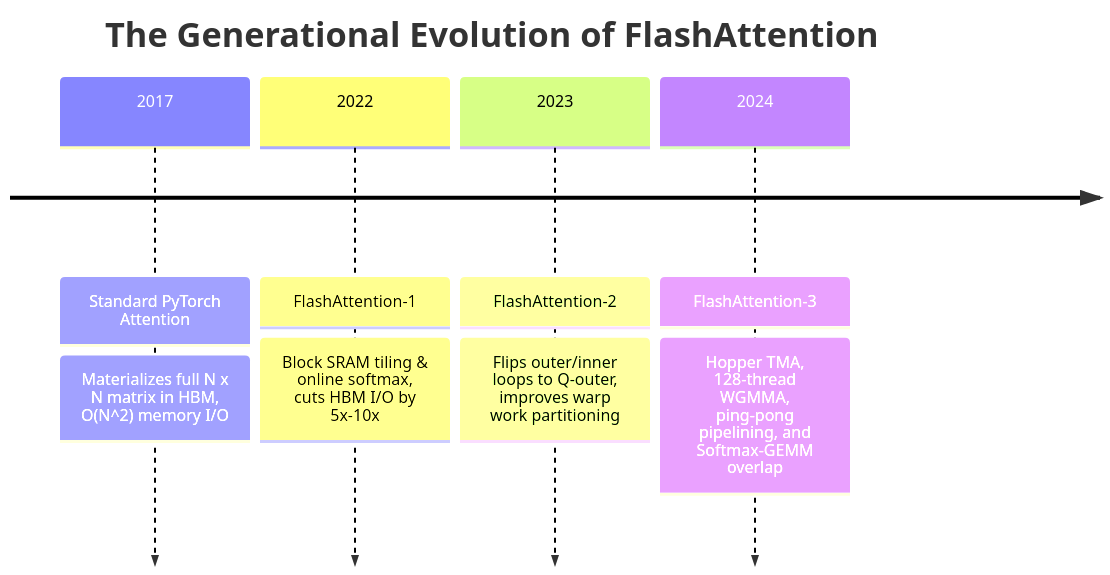
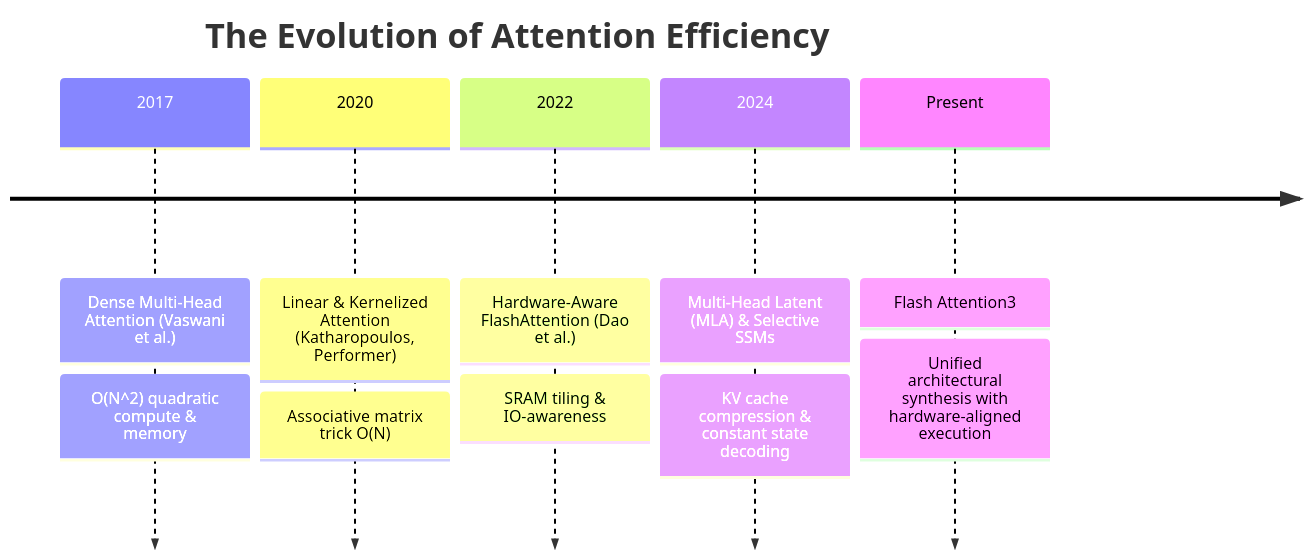
One commit to tahamajs/NeuralOps changed the first of 2 diagrams in Docs/content/attentions_blog/flash_attention3_blog.md. Above: the diagram before and after it, drawn with Mermaid. The commit also changed other lines of this file and 193 other files, not shown here.

````diff
--- a/Docs/content/attentions_blog/flash_attention3_blog.md
+++ b/Docs/content/attentions_blog/flash_attention3_blog.md
@@ -76,8 +58,9 @@
 ```mermaid
 timeline
-    title The Generational Evolution of FlashAttention
-    2017 : Standard PyTorch Attention : Materializes full N x N matrix in HBM, O(N^2) memory I/O
-    2022 : FlashAttention-1 : Block SRAM tiling & online softmax, cuts HBM I/O by 5x-10x
-    2023 : FlashAttention-2 : Flips outer/inner loops to Q-outer, improves warp work partitioning
-    2024 : FlashAttention-3 : Hopper TMA, 128-thread WGMMA, ping-pong pipelining, and Softmax-GEMM overlap
+    title The Evolution of Attention Efficiency
+    2017 : Dense Multi-Head Attention (Vaswani et al.) : O(N^2) quadratic compute & memory
+    2020 : Linear & Kernelized Attention (Katharopoulos, Performer) : Associative matrix trick O(N)
+    2022 : Hardware-Aware FlashAttention (Dao et al.) : SRAM tiling & IO-awareness
+    2024 : Multi-Head Latent (MLA) & Selective SSMs : KV cache compression & constant state decoding
+    Present : Flash Attention3 : Unified architectural synthesis with hardware-aligned execution
 ```
````
